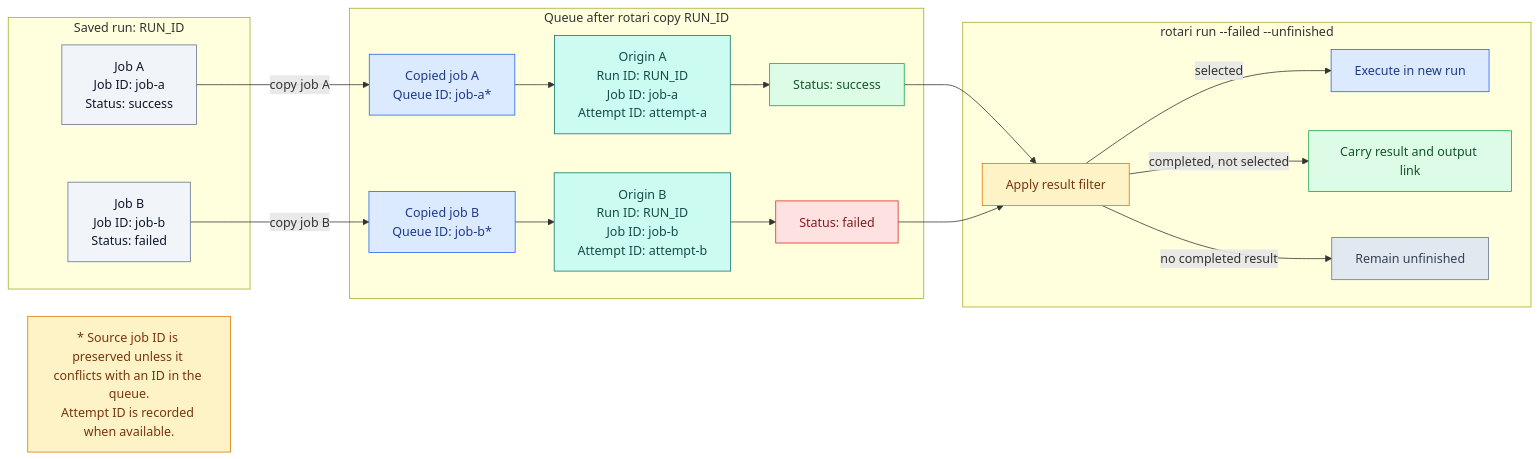
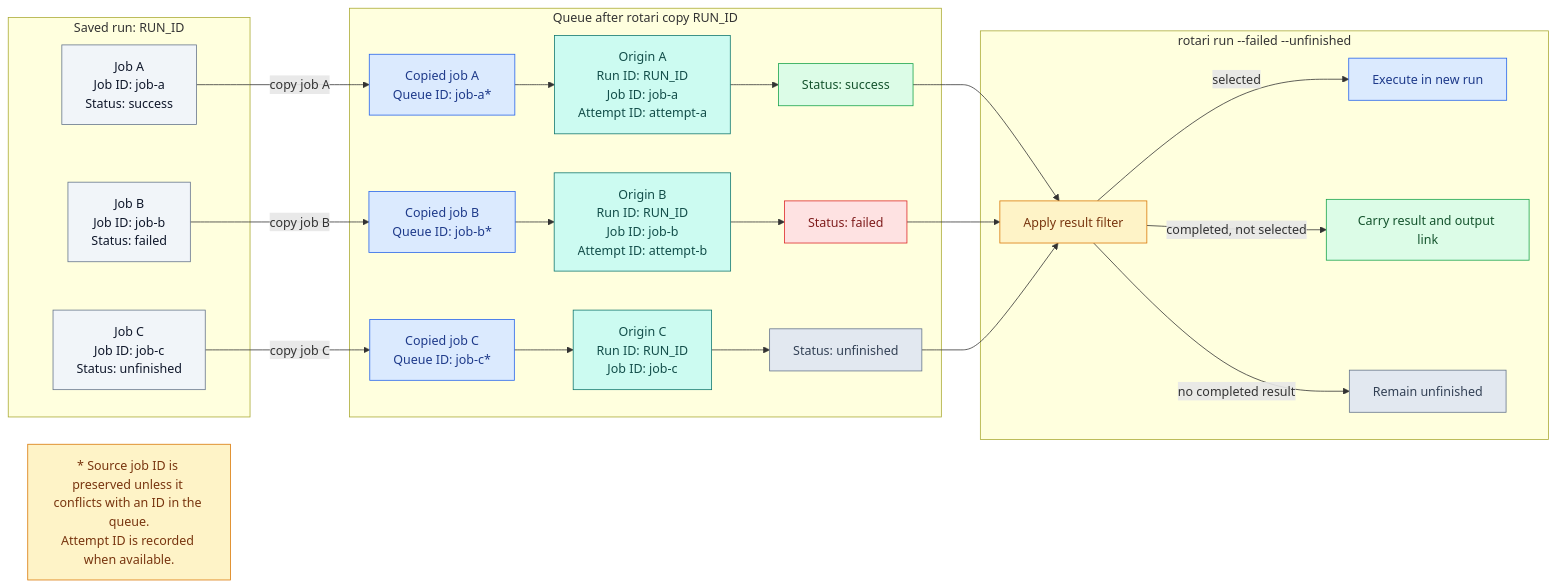
The first of 3 diagrams in docs/RUNNING.md (kamo-naoyuki/rotari), drawn with Mermaid before and after one commit.

Commit message:
docs: include unfinished job in copy flow

````diff
--- a/docs/RUNNING.md
+++ b/docs/RUNNING.md
@@ -178,53 +178,61 @@
 ```mermaid
 flowchart LR
   subgraph SavedRun["Saved run: RUN_ID"]
     SourceA["Job A<br/>Job ID: job-a<br/>Status: success"]
     SourceB["Job B<br/>Job ID: job-b<br/>Status: failed"]
+    SourceC["Job C<br/>Job ID: job-c<br/>Status: unfinished"]
   end
 
   subgraph CurrentQueue["Queue after rotari copy RUN_ID"]
     CopiedA["Copied job A<br/>Queue ID: job-a*"]
     OriginA["Origin A<br/>Run ID: RUN_ID<br/>Job ID: job-a<br/>Attempt ID: attempt-a"]
     StatusA["Status: success"]
     CopiedB["Copied job B<br/>Queue ID: job-b*"]
     OriginB["Origin B<br/>Run ID: RUN_ID<br/>Job ID: job-b<br/>Attempt ID: attempt-b"]
     StatusB["Status: failed"]
+    CopiedC["Copied job C<br/>Queue ID: job-c*"]
+    OriginC["Origin C<br/>Run ID: RUN_ID<br/>Job ID: job-c"]
+    StatusC["Status: unfinished"]
     CopiedA --> OriginA --> StatusA
     CopiedB --> OriginB --> StatusB
+    CopiedC --> OriginC --> StatusC
   end
 
   SourceA -->|"copy job A"| CopiedA
   SourceB -->|"copy job B"| CopiedB
+  SourceC -->|"copy job C"| CopiedC
 
   subgraph NewRun["rotari run --failed --unfinished"]
     Filter["Apply result filter"]
     Filter -->|"selected"| Execute["Execute in new run"]
     Filter -->|"completed, not selected"| Carry["Carry result and output link"]
     Filter -->|"no completed result"| Unfinished["Remain unfinished"]
   end
   StatusA --> Filter
   StatusB --> Filter
+  StatusC --> Filter
 
   Note["* Source job ID is preserved unless it conflicts with an ID in the queue.<br/>Attempt ID is recorded when available."]
 
   classDef source fill:#f1f5f9,stroke:#64748b,color:#0f172a
   classDef queue fill:#dbeafe,stroke:#2563eb,color:#1e3a8a
   classDef origin fill:#ccfbf1,stroke:#0f766e,color:#134e4a
   classDef filter fill:#fef3c7,stroke:#d97706,color:#78350f
   classDef execute fill:#dbeafe,stroke:#2563eb,color:#1e3a8a
   classDef carried fill:#dcfce7,stroke:#16a34a,color:#14532d
   classDef unfinished fill:#e2e8f0,stroke:#64748b,color:#334155
   classDef note fill:#fef3c7,stroke:#d97706,color:#78350f
   classDef success fill:#dcfce7,stroke:#16a34a,color:#14532d
   classDef failed fill:#fee2e2,stroke:#dc2626,color:#7f1d1d
-  class SourceA,SourceB source
-  class CopiedA,CopiedB queue
-  class OriginA,OriginB origin
+  class SourceA,SourceB,SourceC source
+  class CopiedA,CopiedB,CopiedC queue
+  class OriginA,OriginB,OriginC origin
   class StatusA success
   class StatusB failed
+  class StatusC unfinished
   class Note note
   class Filter filter
   class Execute execute
   class Carry carried
   class Unfinished unfinished
 ```
````
